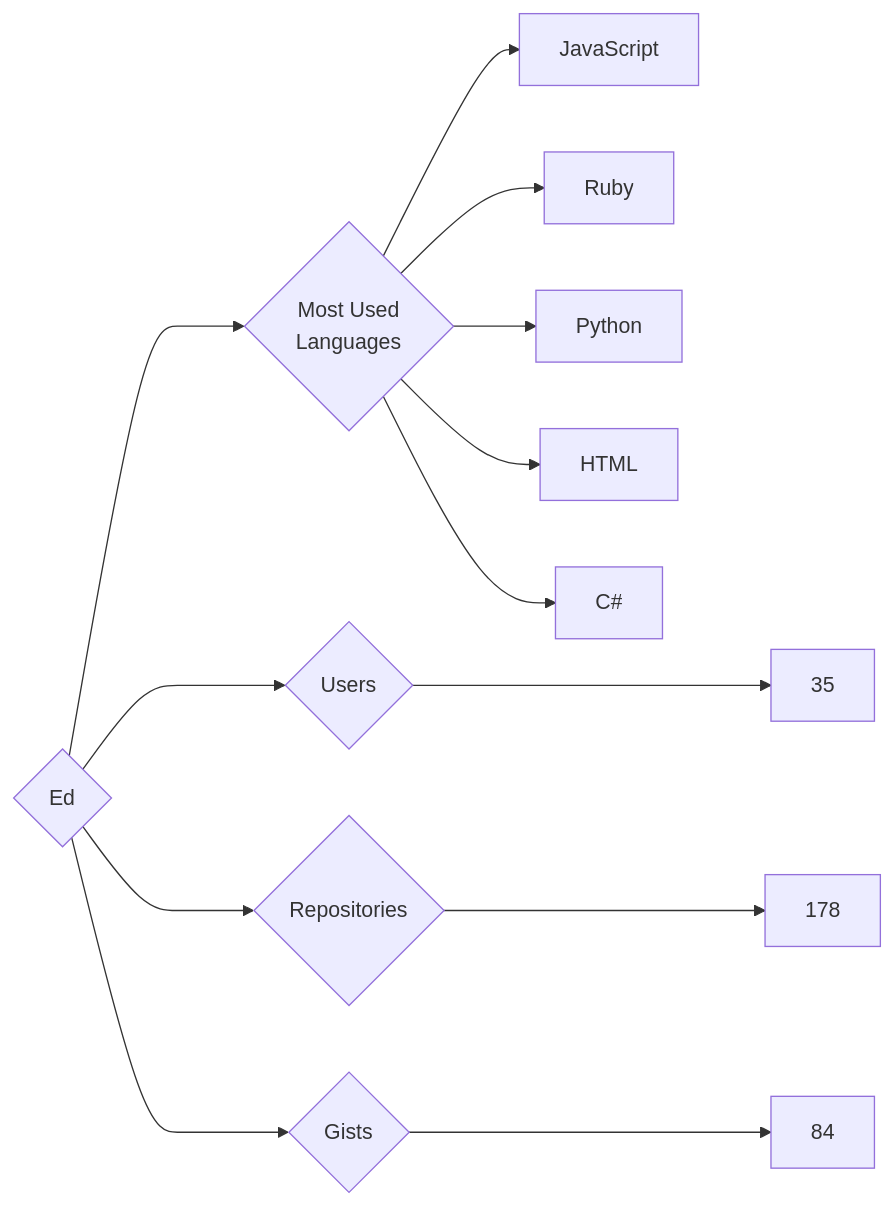
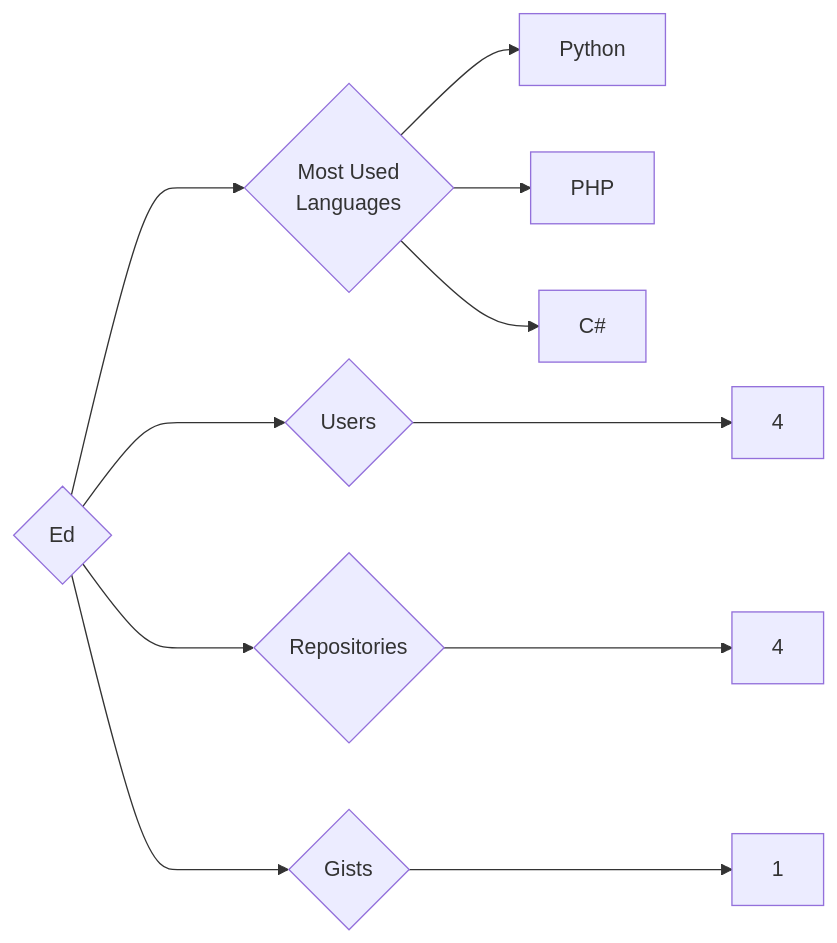
One commit to trickest/insiders changed the diagram in targets/Ed/README.md. Above: the diagram before and after it, drawn with Mermaid. The commit also changed 745 other files, not shown here.

````diff
--- a/targets/Ed/README.md
+++ b/targets/Ed/README.md
@@ -3,13 +3,11 @@
 ```mermaid
 graph LR
 COMPANY_NAME{Ed}
-COMPANY_NAME ---> U{Users} ---> UN[35]
-COMPANY_NAME ---> R{Repositories} ---> RN[178]
-COMPANY_NAME ---> G{Gists} ---> GN[84]
+COMPANY_NAME ---> U{Users} ---> UN[4]
+COMPANY_NAME ---> R{Repositories} ---> RN[4]
+COMPANY_NAME ---> G{Gists} ---> GN[1]
 COMPANY_NAME ---> ML{Most Used<br>Languages}
-ML --> JavaScript[JavaScript]
-ML --> Ruby[Ruby]
 ML --> Python[Python]
-ML --> HTML[HTML]
+ML --> PHP[PHP]
 ML --> C#[C#]
 ```
````
